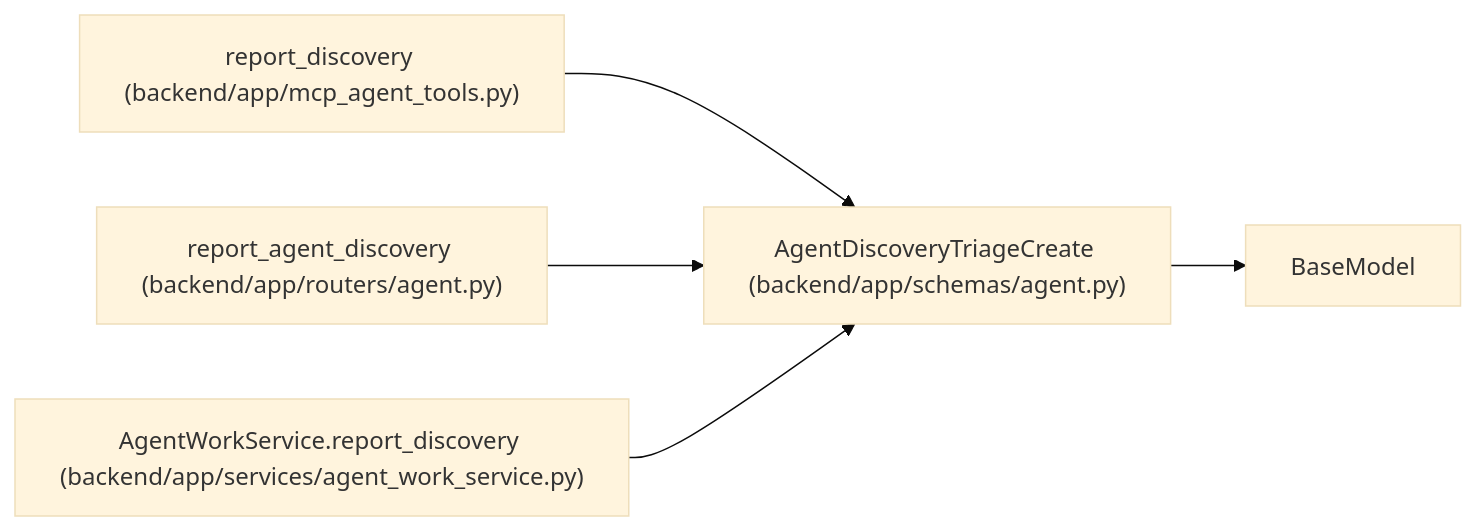
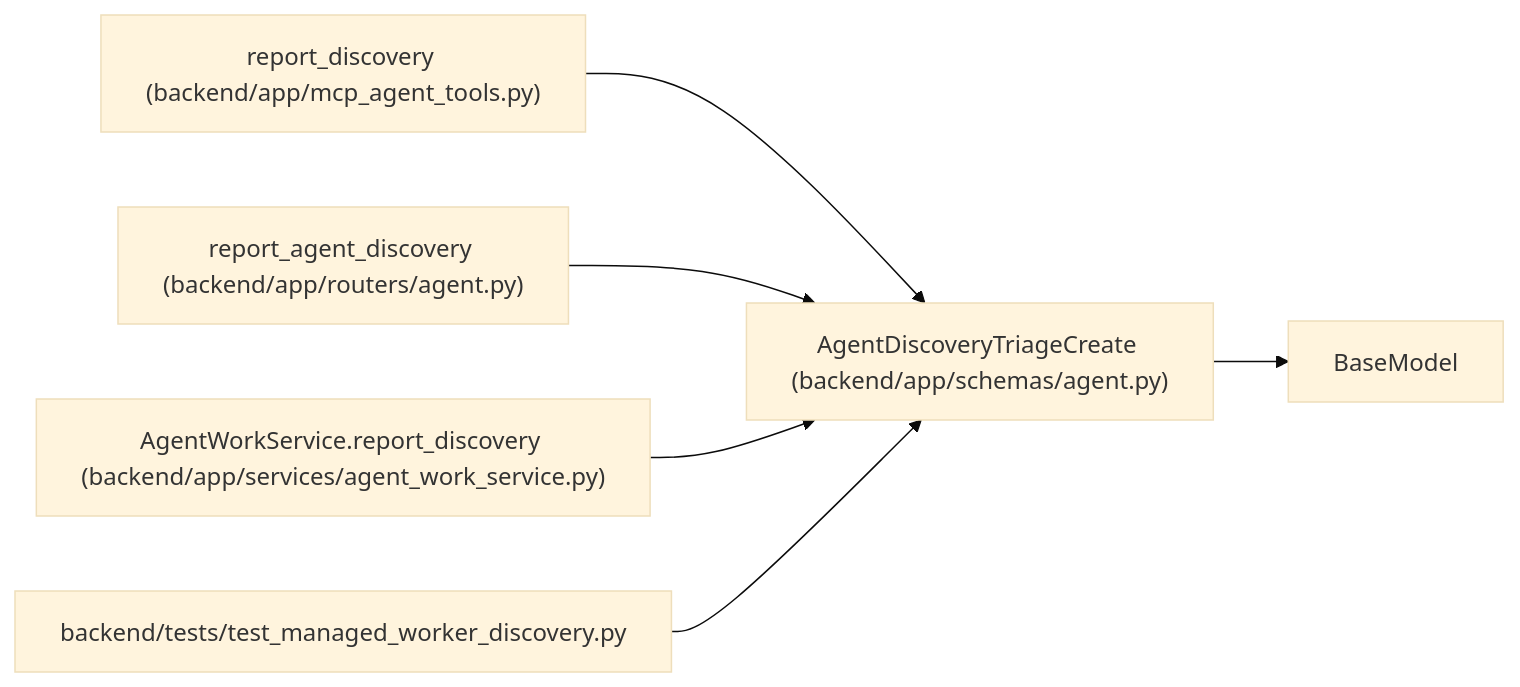
One commit to Denissvgn/WorkChord changed the diagram in docs/llm_wiki/entities/AgentDiscoveryTriageCreate.md. Above: the diagram before and after it, drawn with Mermaid (base theme). The commit also changed other lines of this file and 897 other files, not shown here.

````diff
--- a/docs/llm_wiki/entities/AgentDiscoveryTriageCreate.md
+++ b/docs/llm_wiki/entities/AgentDiscoveryTriageCreate.md
@@ -50,16 +50,19 @@
 ```mermaid
 flowchart LR
     n0["AgentDiscoveryTriageCreate (backend/app/schemas/agent.py)"]
     n1["BaseModel"]
     n2["report_discovery (backend/app/mcp_agent_tools.py)"]
     n3["report_agent_discovery (backend/app/routers/agent.py)"]
     n4["AgentWorkService.report_discovery (backend/app/services/agent_work_service.py)"]
+    n5["backend/tests/test_managed_worker_discovery.py"]
     n0 --> n1
     n2 --> n0
     n3 --> n0
     n4 --> n0
+    n5 --> n0
     click n0 "../modules/schemas_agent.md"
     click n2 "../modules/mcp_agent_tools.md"
     click n3 "../modules/routers_agent.md"
     click n4 "../modules/agent_work_service.md"
+    click n5 "../modules/test_managed_worker_discovery.md"
 ```
````
